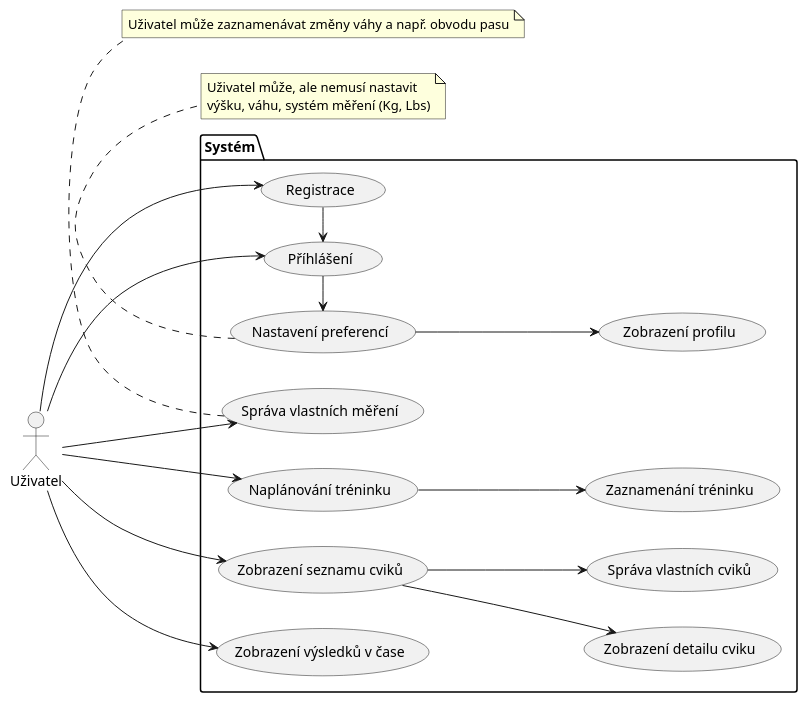
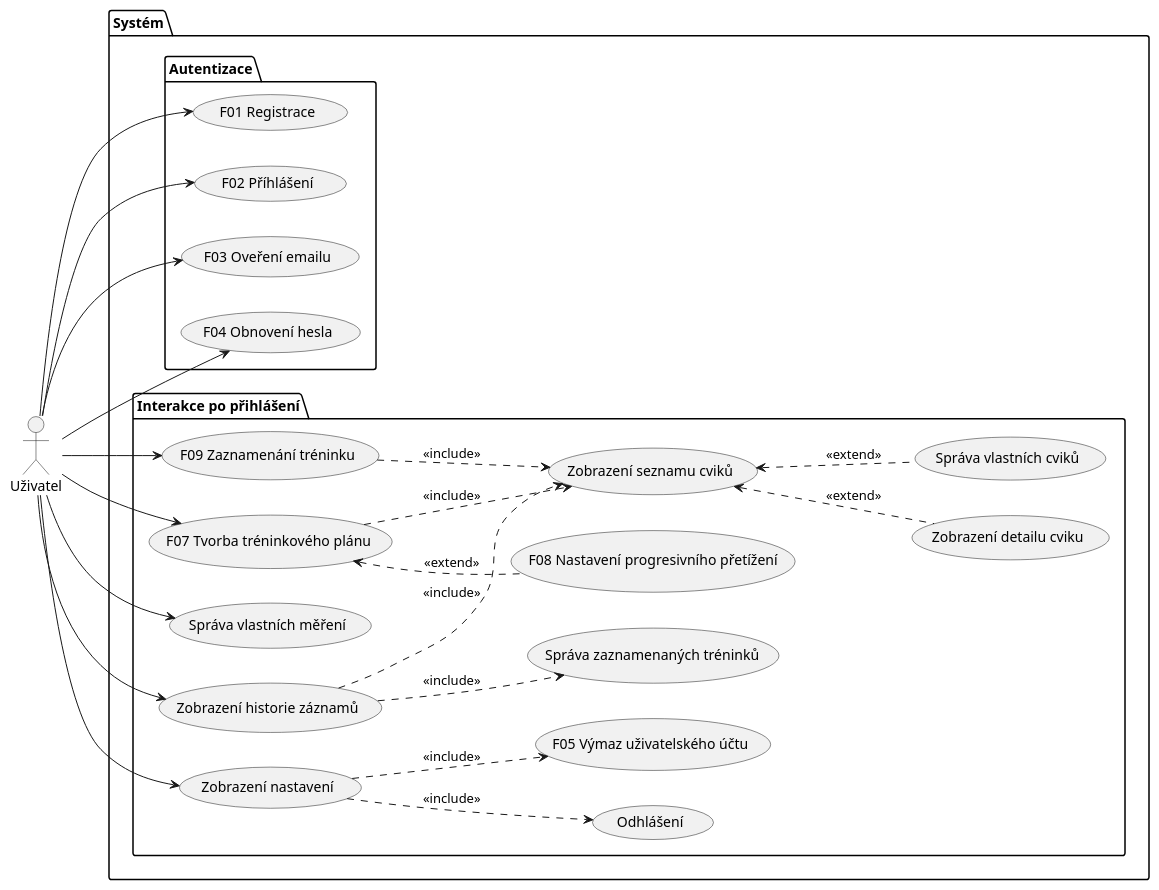
Before and after one commit to JakubHerr/GitFit: the diagram in docs/UseCaseDiagram.puml, drawn with PlantUML.

Commit message:
Update use case diagram WIP

```diff
--- a/docs/UseCaseDiagram.puml
+++ b/docs/UseCaseDiagram.puml
@@ -1,42 +1,59 @@
 @startuml
 'https://plantuml.com/use-case-diagram
 left to right direction
 
 actor Uživatel as User
 
 package Systém {
-    (Naplánování tréninku) as (Plan)
-    (Zaznamenání tréninku) as (Record)
-    (Zobrazení seznamu cviků) as (ShowExercise)
-    (Zobrazení detailu cviku) as (ShowDetail)
-    (Zobrazení výsledků v čase) as (ShowHistory)
-    (Nastavení preferencí) as (Onboarding)
-    (Registrace) as (Register)
-    (Příhlášení) as (Login)
-    (Správa vlastních cviků) as (CustomExercise)
-    (Správa vlastních měření) as (Measure)
-    (Zobrazení profilu) as (Profile)
+    package Autentizace {
+        (F01 Registrace) as (Register)
+        (F02 Příhlášení) as (Login)
+        (F03 Oveření emailu) as (Verify)
+        (F04 Obnovení hesla) as (Reset)
+    }
+
+    package "Interakce po přihlášení" {
+        (F09 Zaznamenání tréninku) as (Record)
+        (F07 Tvorba tréninkového plánu) as (Plan)
+        (Správa vlastních měření) as (Measure)
+        (Zobrazení historie záznamů) as (ShowHistory)
+        (Zobrazení nastavení) as (Settings)
+
+        (F05 Výmaz uživatelského účtu) as (Delete)
+
+        (Zobrazení seznamu cviků) as (ShowExercise)
+        (Zobrazení detailu cviku) as (ShowDetail)
+        (Správa vlastních cviků) as (CustomExercise)
+
+        (Správa zaznamenaných tréninků) as (WorkoutHistory)
+
+        (F08 Nastavení progresivního přetížení) as (Overload)
+        (Odhlášení) as (Logout)
+    }
 }
 
+
+User --> (Login)
+User --> (Register)
+User --> (Verify)
+User --> (Reset)
+
+(Settings) -.> (Delete) : <<include>>
+(Settings) -.> (Logout) : <<include>>
+
+User --> (Record)
 User --> (Plan)
-User --> (ShowExercise)
 User --> (ShowHistory)
 User --> (Measure)
-User --> (Register)
-User --> (Login)
-(Register) -left-> (Login)
-(Login) -left-> (Onboarding)
-(ShowExercise) --> (ShowDetail)
-(ShowExercise) --> (CustomExercise)
-(Plan) --> (Record)
-(Onboarding) --> (Profile)
+User --> (Settings)
 
-note bottom of (Onboarding)
-    Uživatel může, ale nemusí nastavit
-    výšku, váhu, systém měření (Kg, Lbs)
-endnote
+(Record) -.> (ShowExercise) : <<include>>
+(Plan) -.> (ShowExercise) : <<include>>
+(ShowHistory) -.> (ShowExercise) : <<include>>
+(ShowHistory) -.> (WorkoutHistory) : <<include>>
 
-note bottom of (Measure)
-    Uživatel může zaznamenávat změny váhy a např. obvodu pasu
-endnote
+(ShowExercise) <.- (ShowDetail) : <<extend>>
+(ShowExercise) <.- (CustomExercise) : <<extend>>
+
+(Plan) <-. (Overload) : <<extend>>
 @enduml
```
